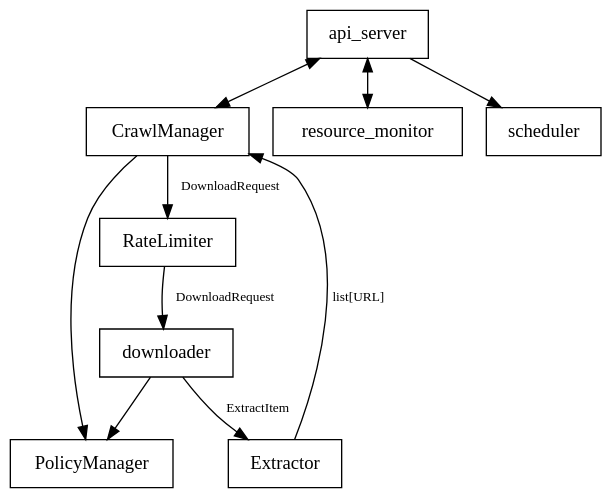
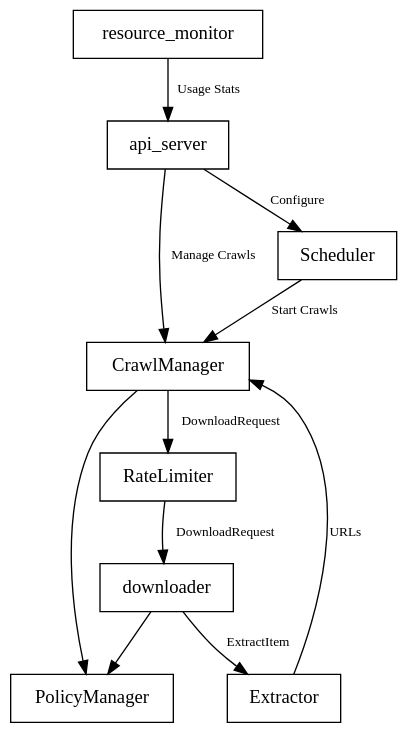
Before and after one commit to HyperionGray/starbelly: the second of 2 diagrams in docs/internals.rst, drawn with Graphviz. The commit also changed other lines of this file and 15 other files, not shown here.

```diff
--- a/docs/internals.rst
+++ b/docs/internals.rst
@@ -59,28 +59,29 @@
 .. graphviz::
 
     digraph system_diagram {
         graph [bgcolor=transparent];
         node [shape=box];
         edge [fontsize=10];
 
         // Nodes
         api_server;
         crawl_manager [label="CrawlManager"];
         policy_manager [label="PolicyManager",href="#policy"];
         rate_limiter [label="RateLimiter",href="#rate-limiter"];
         downloader;
         extractor [label="Extractor",href="#extractor"];
         resource_monitor;
-        scheduler;
+        scheduler [label="Scheduler",href="#scheduler"];
 
         // Edges
-        api_server -> crawl_manager [dir=both];
-        api_server -> resource_monitor [dir=both];
-        api_server -> scheduler;
+        api_server -> crawl_manager [label="Manage Crawls"];
+        api_server -> scheduler [label="Configure"];
+        resource_monitor -> api_server [label="Usage Stats"];
+        scheduler -> crawl_manager [label="Start Crawls"];
         crawl_manager -> rate_limiter [label="DownloadRequest"];
         crawl_manager -> policy_manager;
         rate_limiter -> downloader [label="DownloadRequest"];
         downloader -> extractor [label="ExtractItem"];
         downloader -> policy_manager;
-        extractor -> crawl_manager [label="list[URL]"];
+        extractor -> crawl_manager [label="URLs"];
     }
```
